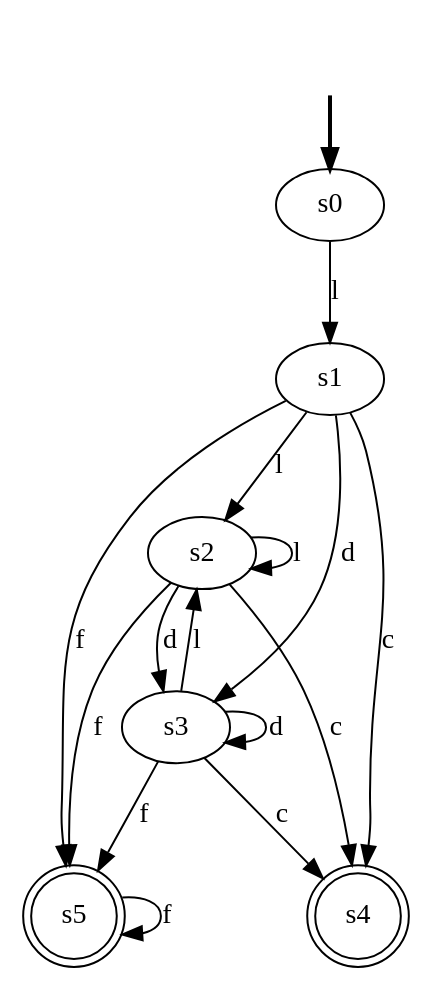
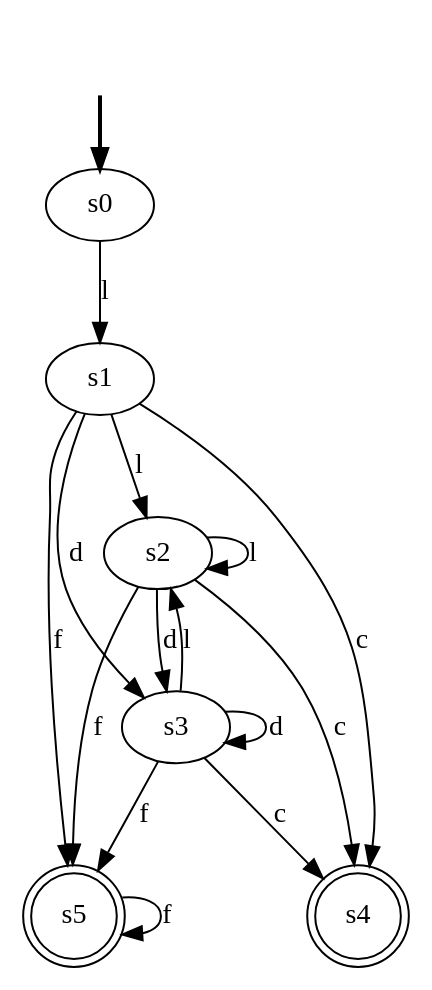
The diagram in hola.dot (ernestoregue/Compiladores), drawn with Graphviz before and after one commit. The commit also changed other lines of this file and 12 other files, not shown here.

```diff
--- a/hola.dot
+++ b/hola.dot
@@ -1,24 +1,24 @@
 digraph {
 	fake [style=invisible]
-	s5 [shape=doublecircle]
-	s2
 	s0 [root=true]
 	s1
+	s2
+	s5 [shape=doublecircle]
+	s4 [shape=doublecircle]
 	s3
-	s4 [shape=doublecircle]
 	fake -> s0 [style=bold]
 	s0 -> s1 [label=l]
 	s1 -> s2 [label=l]
 	s1 -> s3 [label=d]
 	s1 -> s4 [label=c]
 	s1 -> s5 [label=f]
 	s2 -> s2 [label=l]
 	s2 -> s3 [label=d]
 	s2 -> s4 [label=c]
 	s2 -> s5 [label=f]
 	s3 -> s2 [label=l]
 	s3 -> s3 [label=d]
 	s3 -> s4 [label=c]
 	s3 -> s5 [label=f]
 	s5 -> s5 [label=f]
 }
```
